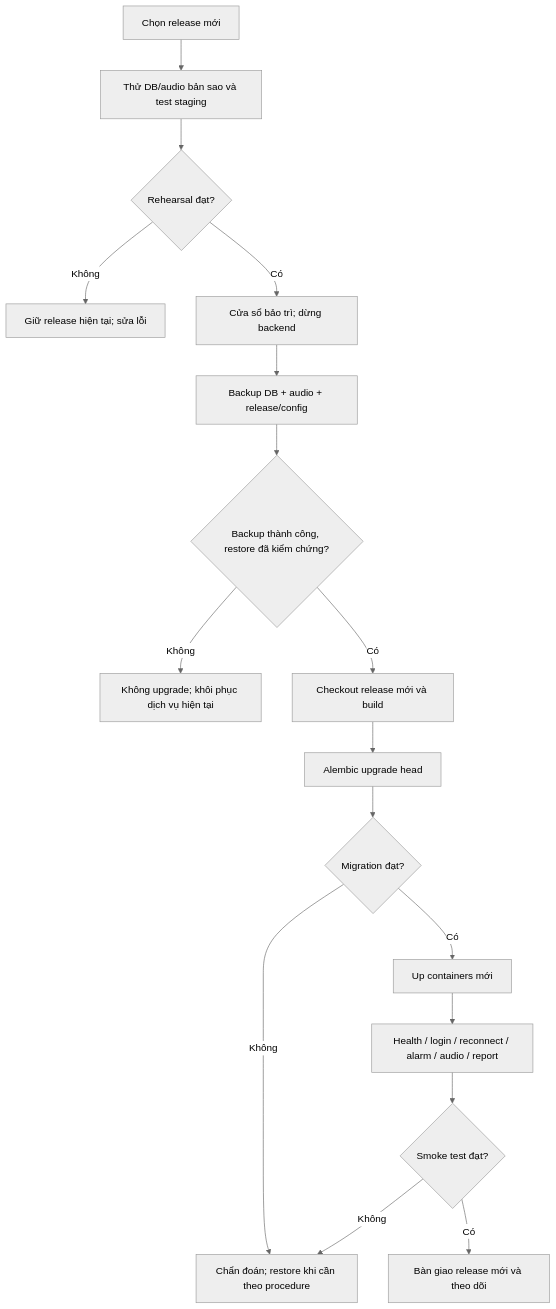
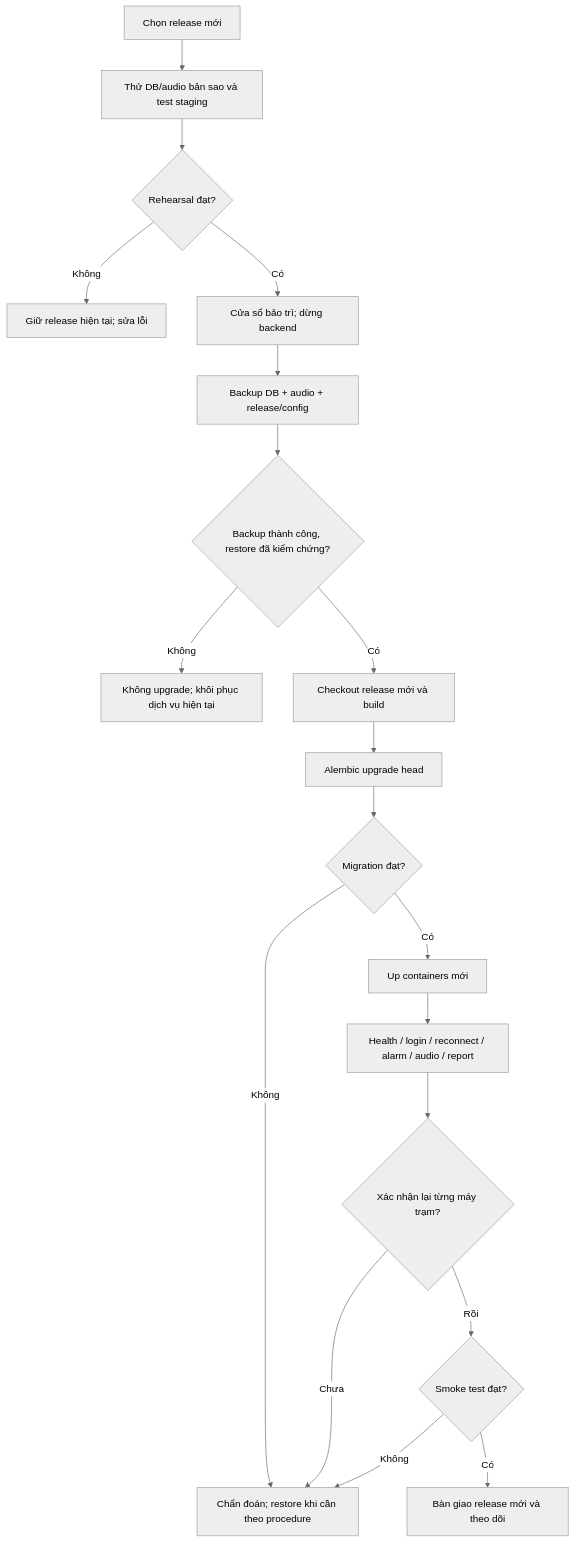
Before and after one commit to buinguyenhong/REDCODETHIENHANH: the fifth of 6 diagrams in docs/production_deployment_flow.md, drawn with Mermaid (neutral theme). The commit also changed other lines of this file and 4 other files, not shown here.

````diff
--- a/docs/production_deployment_flow.md
+++ b/docs/production_deployment_flow.md
@@ -253,19 +276,21 @@
 ```mermaid
 flowchart TD
     R[Chọn release mới] --> COPY[Thử DB/audio bản sao và test staging]
     COPY --> OK{Rehearsal đạt?}
     OK -->|Không| STOP[Giữ release hiện tại; sửa lỗi]
     OK -->|Có| WINDOW[Cửa sổ bảo trì; dừng backend]
     WINDOW --> BACKUP[Backup DB + audio + release/config]
     BACKUP --> VERIFIED{Backup thành công, restore đã kiểm chứng?}
     VERIFIED -->|Không| ABORT[Không upgrade; khôi phục dịch vụ hiện tại]
     VERIFIED -->|Có| BUILD[Checkout release mới và build]
     BUILD --> MIG[Alembic upgrade head]
     MIG --> RESULT{Migration đạt?}
     RESULT -->|Không| REC[Chẩn đoán; restore khi cần theo procedure]
     RESULT -->|Có| UP[Up containers mới]
     UP --> SMOKE[Health / login / reconnect / alarm / audio / report]
-    SMOKE --> PASS{Smoke test đạt?}
+    SMOKE --> RECONNECT{Xác nhận lại từng máy trạm?}
+    RECONNECT -->|Chưa| REC
+    RECONNECT -->|Rồi| PASS{Smoke test đạt?}
     PASS -->|Không| REC
     PASS -->|Có| HANDOFF[Bàn giao release mới và theo dõi]
 ```
````
